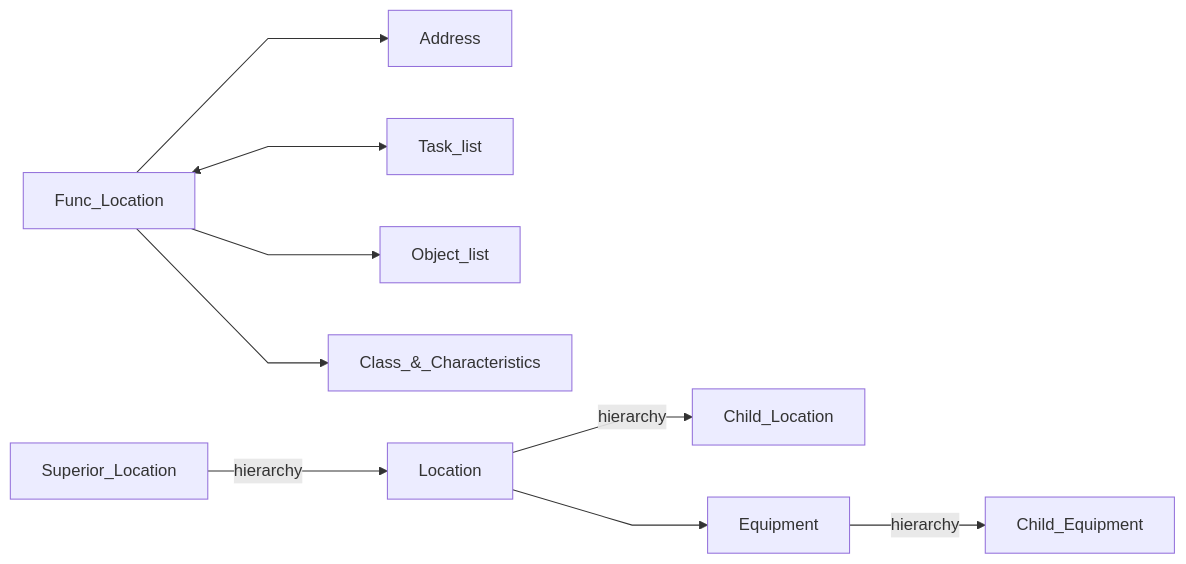
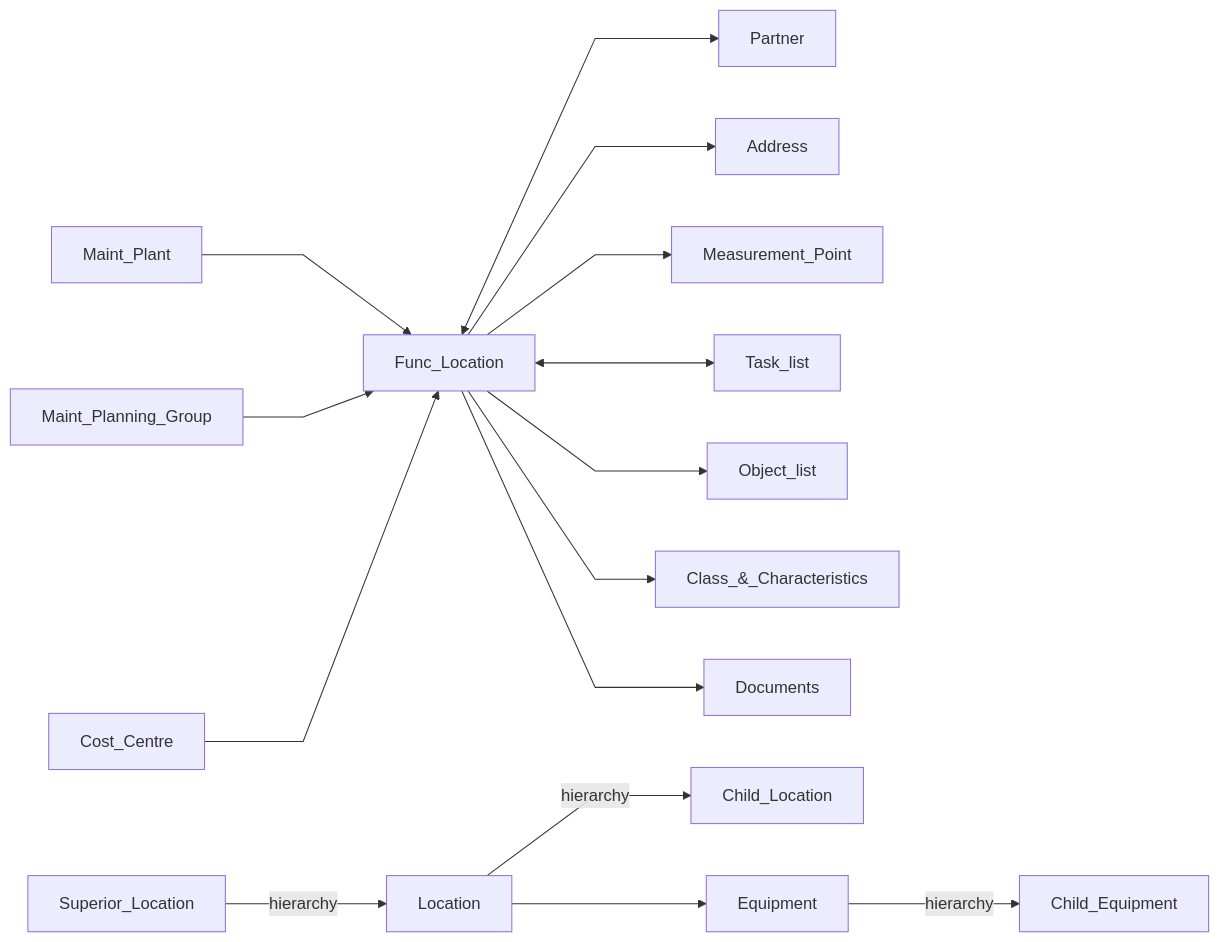
Before and after one commit to qurm/sap-diagrams: the first of 3 diagrams in ERP/PM/pm_func_loc.md, drawn with Mermaid. The commit also changed other lines of this file and 6 other files, not shown here.

````diff
--- a/ERP/PM/pm_func_loc.md
+++ b/ERP/PM/pm_func_loc.md
@@ -9,12 +9,18 @@
 ```mermaid
 %%{ init: { 'flowchart': { 'curve': 'linear' } } }%%
 flowchart LR
+    Maint_Plant --> Func_Location
+    Maint_Planning_Group --> Func_Location
+    Cost_Centre --> 
+    Func_Location <--> Partner
     Func_Location --> Address
+    Func_Location --> Measurement_Point
     Func_Location <--> Task_list
     Func_Location --> Object_list
     Func_Location --> Class_&_Characteristics
+    Func_Location --> Documents
     
     Superior_Location --hierarchy--> Location --hierarchy--> Child_Location
     Location --> Equipment --hierarchy--> Child_Equipment
     
 ```
````
